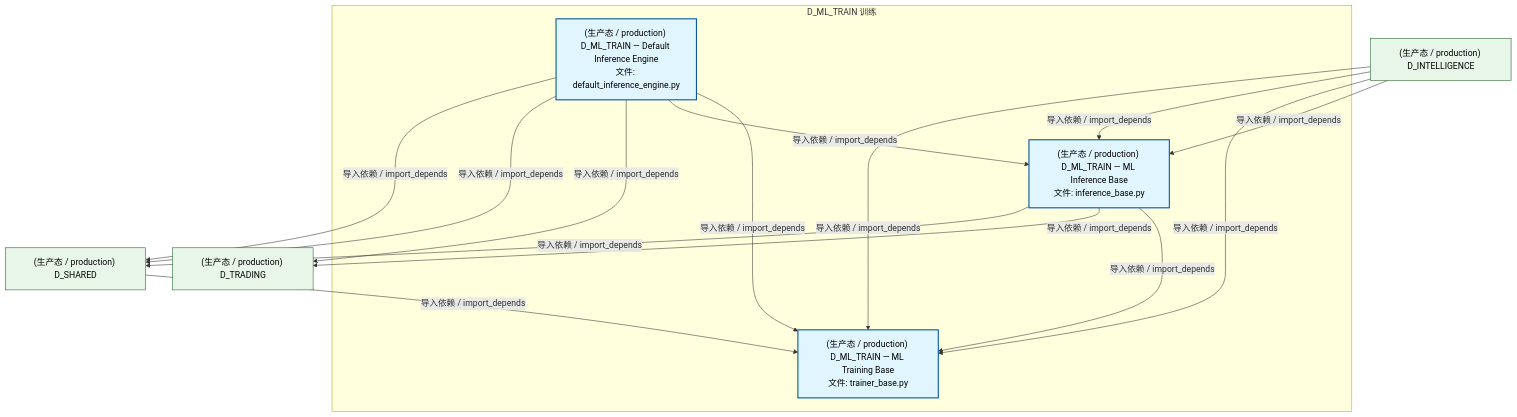
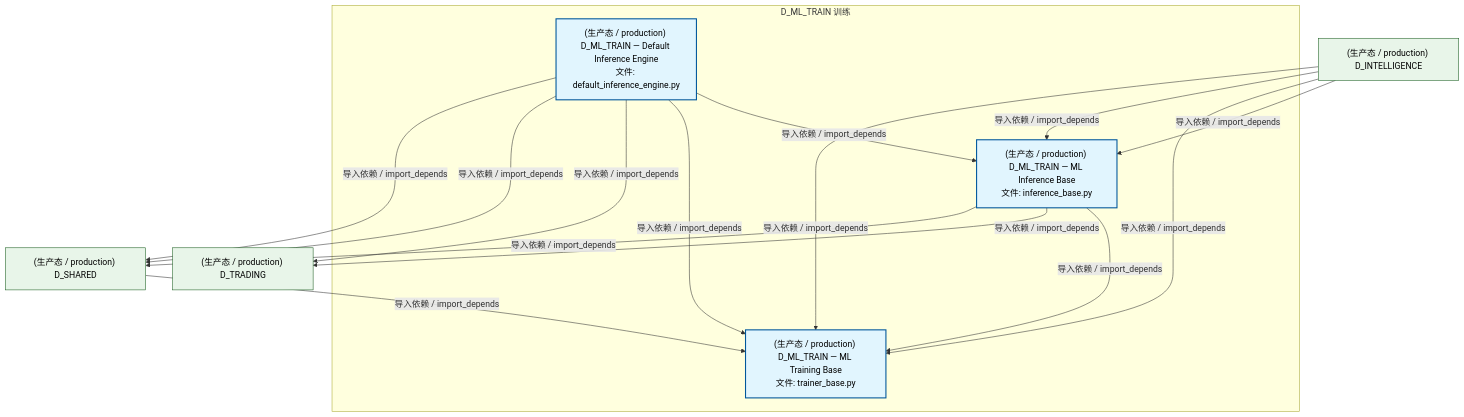
Before and after one commit to xuanFelixVan/ZephyrAlpha: the second of 4 diagrams in docs/02_enterprise_architecture/02_domain_architecture_docs/61_d_ml_train.md, drawn with Mermaid. The commit also changed other lines of this file and 39 other files, not shown here.

````diff
--- a/docs/02_enterprise_architecture/02_domain_architecture_docs/61_d_ml_train.md
+++ b/docs/02_enterprise_architecture/02_domain_architecture_docs/61_d_ml_train.md
@@ -101,30 +101,30 @@
 ```mermaid
 graph TD
     subgraph D_ML_TRAIN["D_ML_TRAIN 训练"]
         src_zephyr_ml_train_implementations_default_inference_engine_py["(生产态 / production) D_ML_TRAIN — Default Inference Engine<br/>文件: default_inference_engine.py"]
         src_zephyr_ml_train_inference_base_py["(生产态 / production) D_ML_TRAIN — ML Inference Base<br/>文件: inference_base.py"]
         src_zephyr_ml_train_trainer_base_py["(生产态 / production) D_ML_TRAIN — ML Training Base<br/>文件: trainer_base.py"]
     end
     src_zephyr_ml_train_inference_base_py -->|导入依赖 / import_depends| src_zephyr_ml_train_trainer_base_py
+    src_zephyr_ml_train_implementations_default_inference_engine_py -->|导入依赖 / import_depends| src_zephyr_ml_train_inference_base_py
     src_zephyr_ml_train_implementations_default_inference_engine_py -->|导入依赖 / import_depends| src_zephyr_ml_train_trainer_base_py
-    src_zephyr_ml_train_implementations_default_inference_engine_py -->|导入依赖 / import_depends| src_zephyr_ml_train_inference_base_py
     D_TRADING["(生产态 / production) D_TRADING"]
     src_zephyr_ml_train_inference_base_py -->|导入依赖 / import_depends| D_TRADING
     D_SHARED["(生产态 / production) D_SHARED"]
     src_zephyr_ml_train_inference_base_py -->|导入依赖 / import_depends| D_SHARED
     src_zephyr_ml_train_implementations_default_inference_engine_py -->|导入依赖 / import_depends| D_TRADING
     src_zephyr_ml_train_implementations_default_inference_engine_py -->|导入依赖 / import_depends| D_SHARED
     src_zephyr_ml_train_implementations_default_inference_engine_py -->|导入依赖 / import_depends| D_SHARED
     D_INTELLIGENCE["(生产态 / production) D_INTELLIGENCE"]
     D_INTELLIGENCE -->|导入依赖 / import_depends| src_zephyr_ml_train_inference_base_py
     D_INTELLIGENCE -->|导入依赖 / import_depends| src_zephyr_ml_train_trainer_base_py
     D_SHARED -->|导入依赖 / import_depends| src_zephyr_ml_train_trainer_base_py
     D_INTELLIGENCE -->|导入依赖 / import_depends| src_zephyr_ml_train_inference_base_py
     D_INTELLIGENCE -->|导入依赖 / import_depends| src_zephyr_ml_train_trainer_base_py
     classDef production fill:#e1f5fe,stroke:#01579b,stroke-width:2px,color:#000
     classDef design fill:#fff3e0,stroke:#e65100,stroke-width:2px,color:#000,stroke-dasharray: 5 5
     classDef external_prod fill:#e8f5e9,stroke:#1b5e20,stroke-width:1px,color:#000
     classDef external_design fill:#fce4ec,stroke:#880e4f,stroke-width:1px,color:#000,stroke-dasharray: 5 5
     class src_zephyr_ml_train_implementations_default_inference_engine_py,src_zephyr_ml_train_inference_base_py,src_zephyr_ml_train_trainer_base_py production
     class D_TRADING,D_SHARED,D_INTELLIGENCE external_prod
 ```
````
